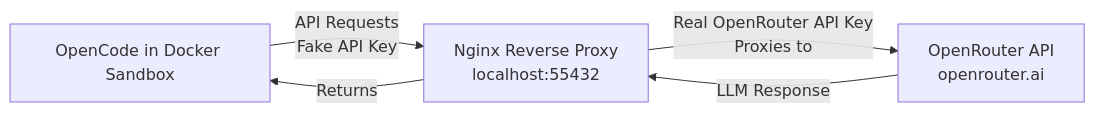
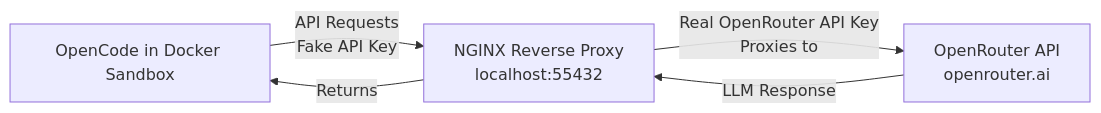
The diagram in README.md (Warfront1/opencode-openrouter-docker-sandbox), drawn with Mermaid before and after one commit. The commit also changed other lines of this file, not shown here.

````diff
--- a/README.md
+++ b/README.md
@@ -7,7 +7,7 @@
 ```mermaid
 flowchart LR
-    A[OpenCode in Docker Sandbox] -->|API Requests<br/>Fake API Key| B[Nginx Reverse Proxy<br/>localhost:55432]
+    A[OpenCode in Docker Sandbox] -->|API Requests<br/>Fake API Key| B[NGINX Reverse Proxy<br/>localhost:55432]
     B -->|Real OpenRouter API Key<br/>Proxies to| C[OpenRouter API<br/>openrouter.ai]
     C -->|LLM Response| B
     B -->|Returns| A
 ```
````
